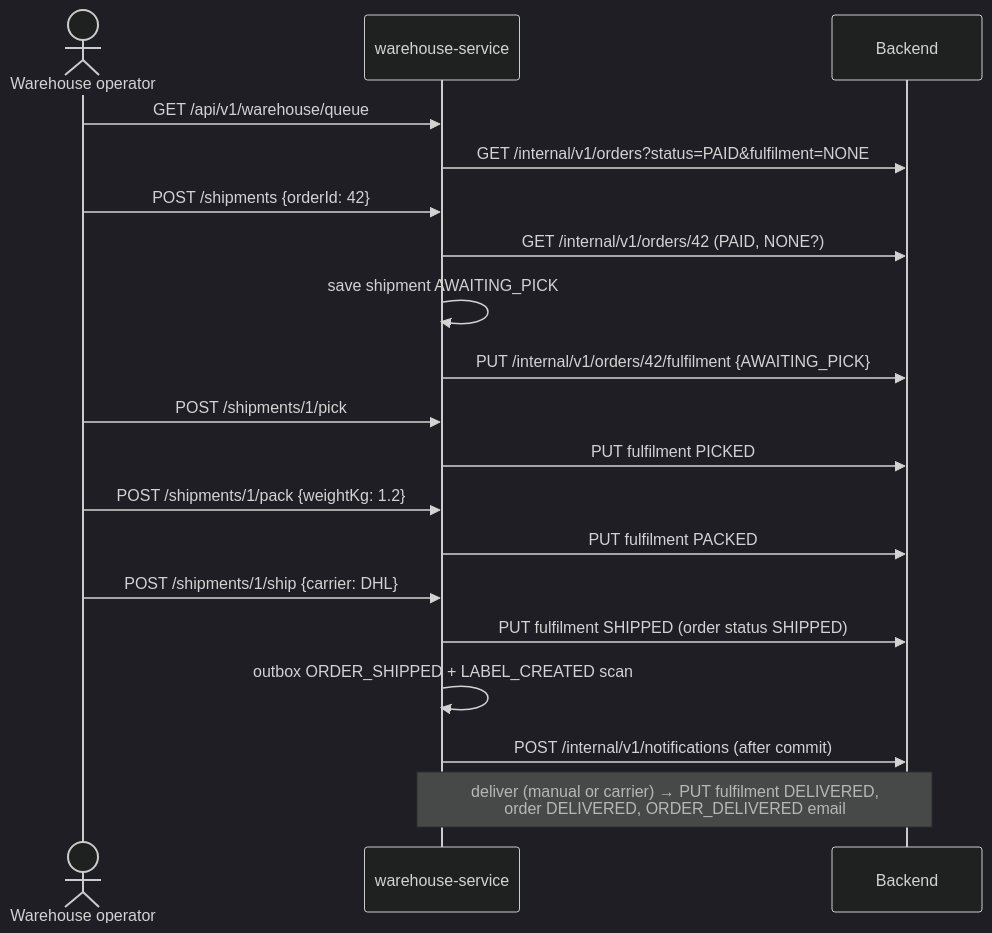
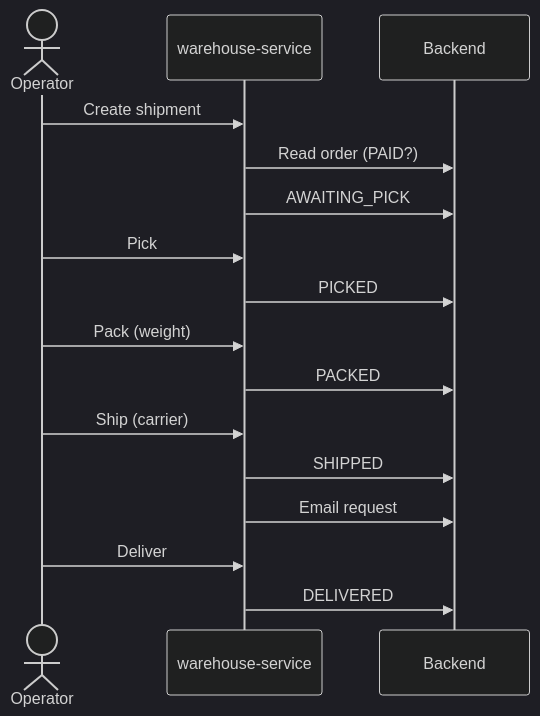
Before and after one commit to slawekradzyminski/awesome-localstack: the first of 2 diagrams in docs-site/docs/flows/fulfilment.md, drawn with Mermaid (dark theme). The commit also changed 27 other files, not shown here.

First line of the commit message:
Fix unrendered wiki diagrams and make every diagram readable

````diff
--- a/docs-site/docs/flows/fulfilment.md
+++ b/docs-site/docs/flows/fulfilment.md
@@ -43,21 +43,18 @@
 ```mermaid
 sequenceDiagram
-    actor WH as Warehouse operator
+    actor O as Operator
     participant W as warehouse-service
     participant B as Backend
-    WH->>W: GET /api/v1/warehouse/queue
-    W->>B: GET /internal/v1/orders?status=PAID&fulfilment=NONE
-    WH->>W: POST /shipments {orderId: 42}
-    W->>B: GET /internal/v1/orders/42 (PAID, NONE?)
-    W->>W: save shipment AWAITING_PICK
-    W->>B: PUT /internal/v1/orders/42/fulfilment {AWAITING_PICK}
-    WH->>W: POST /shipments/1/pick
-    W->>B: PUT fulfilment PICKED
-    WH->>W: POST /shipments/1/pack {weightKg: 1.2}
-    W->>B: PUT fulfilment PACKED
-    WH->>W: POST /shipments/1/ship {carrier: DHL}
-    W->>B: PUT fulfilment SHIPPED (order status SHIPPED)
-    W->>W: outbox ORDER_SHIPPED + LABEL_CREATED scan
-    W->>B: POST /internal/v1/notifications (after commit)
-    Note over W,B: deliver (manual or carrier) → PUT fulfilment DELIVERED,<br/>order DELIVERED, ORDER_DELIVERED email
+    O->>W: Create shipment
+    W->>B: Read order (PAID?)
+    W->>B: AWAITING_PICK
+    O->>W: Pick
+    W->>B: PICKED
+    O->>W: Pack (weight)
+    W->>B: PACKED
+    O->>W: Ship (carrier)
+    W->>B: SHIPPED
+    W->>B: Email request
+    O->>W: Deliver
+    W->>B: DELIVERED
 ```
````
